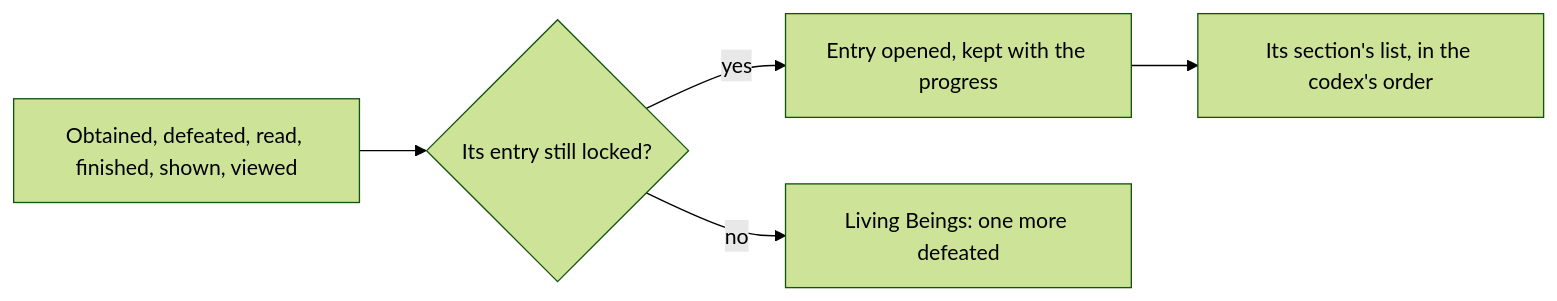
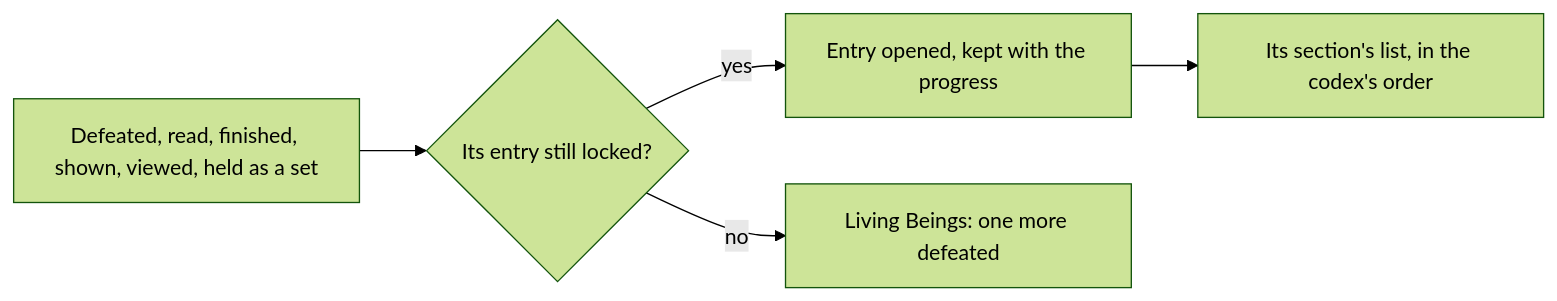
The diagram in apps/web/content/docs/proposals/genshin/archive.md (Esposter/Esposter), drawn with Mermaid (forest theme) before and after one commit. The commit also changed other lines of this file and 5 other files, not shown here.

````diff
--- a/apps/web/content/docs/proposals/genshin/archive.md
+++ b/apps/web/content/docs/proposals/genshin/archive.md
@@ -21,7 +19,7 @@
 ```mermaid
 flowchart LR
-  DOING["Obtained, defeated, read, finished, shown, viewed"] --> FIRST{"Its entry still locked?"}
+  DOING["Defeated, read, finished, shown, viewed, held as a set"] --> FIRST{"Its entry still locked?"}
   FIRST -->|"yes"| OPEN["Entry opened, kept with the progress"]
   FIRST -->|"no"| COUNT["Living Beings: one more defeated"]
   OPEN --> SECTION["Its section's list, in the codex's order"]
 ```
````
